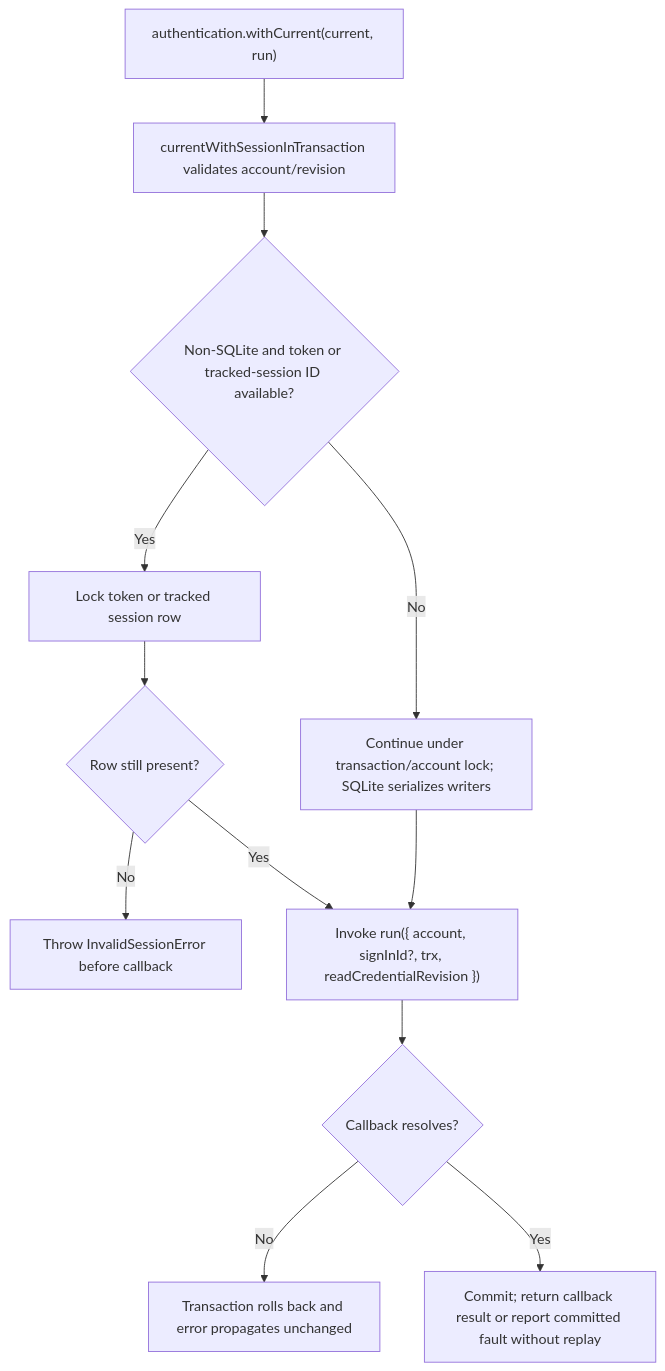
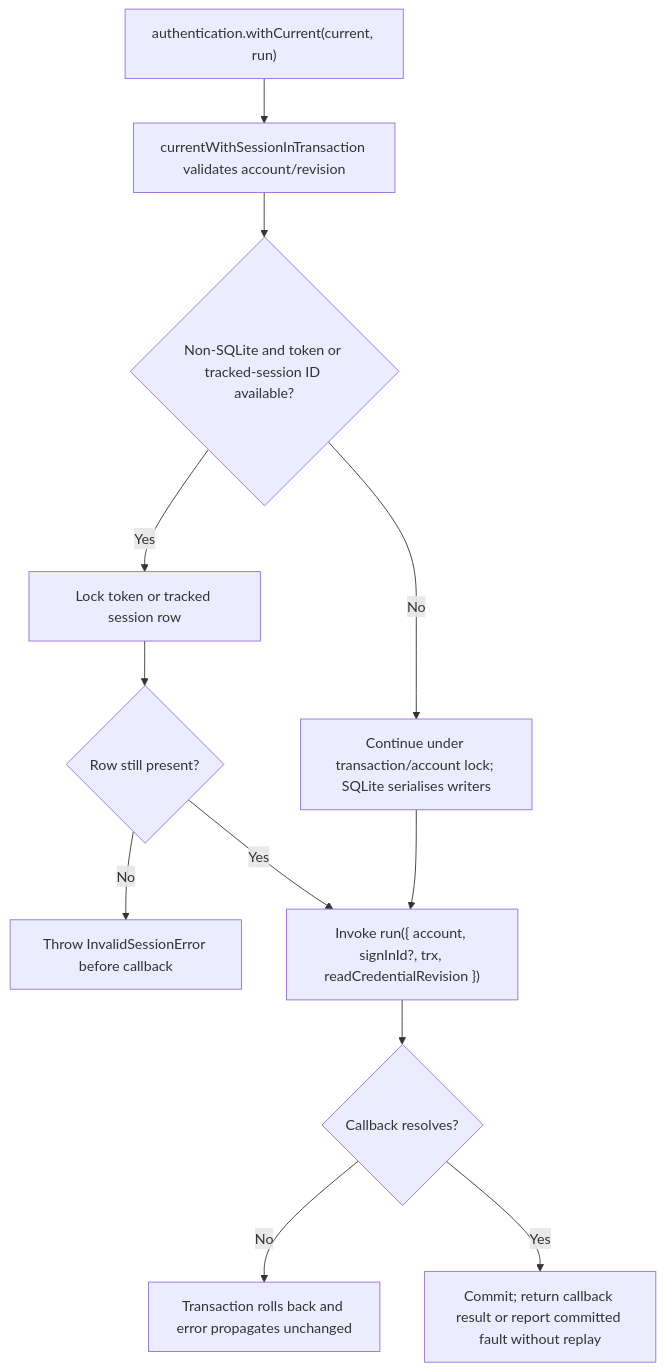
Before and after one commit to Kevinjohn/oss-adonisjs-account-kit: the second of 2 diagrams in user-stories/US-ACCOUNT-41-guard-host-write-with-current.md, drawn with Mermaid. The commit also changed other lines of this file and 93 other files, not shown here.

````diff
--- a/user-stories/US-ACCOUNT-41-guard-host-write-with-current.md
+++ b/user-stories/US-ACCOUNT-41-guard-host-write-with-current.md
@@ -35,14 +35,14 @@
 ```mermaid
 flowchart TD
  A["authentication.withCurrent(current, run)"] --> B["currentWithSessionInTransaction validates account/revision"]
  B --> C{"Non-SQLite and token or tracked-session ID available?"}
  C -->|Yes| D["Lock token or tracked session row"]
  D --> V{"Row still present?"}
  V -->|No| X["Throw InvalidSessionError before callback"]
- C -->|No| E["Continue under transaction/account lock; SQLite serializes writers"]
+ C -->|No| E["Continue under transaction/account lock; SQLite serialises writers"]
  V -->|Yes| F["Invoke run({ account, signInId?, trx, readCredentialRevision })"]
  E --> F
  F --> G{"Callback resolves?"}
  G -->|No| H["Transaction rolls back and error propagates unchanged"]
  G -->|Yes| I["Commit; return callback result or report committed fault without replay"]
 ```
````
